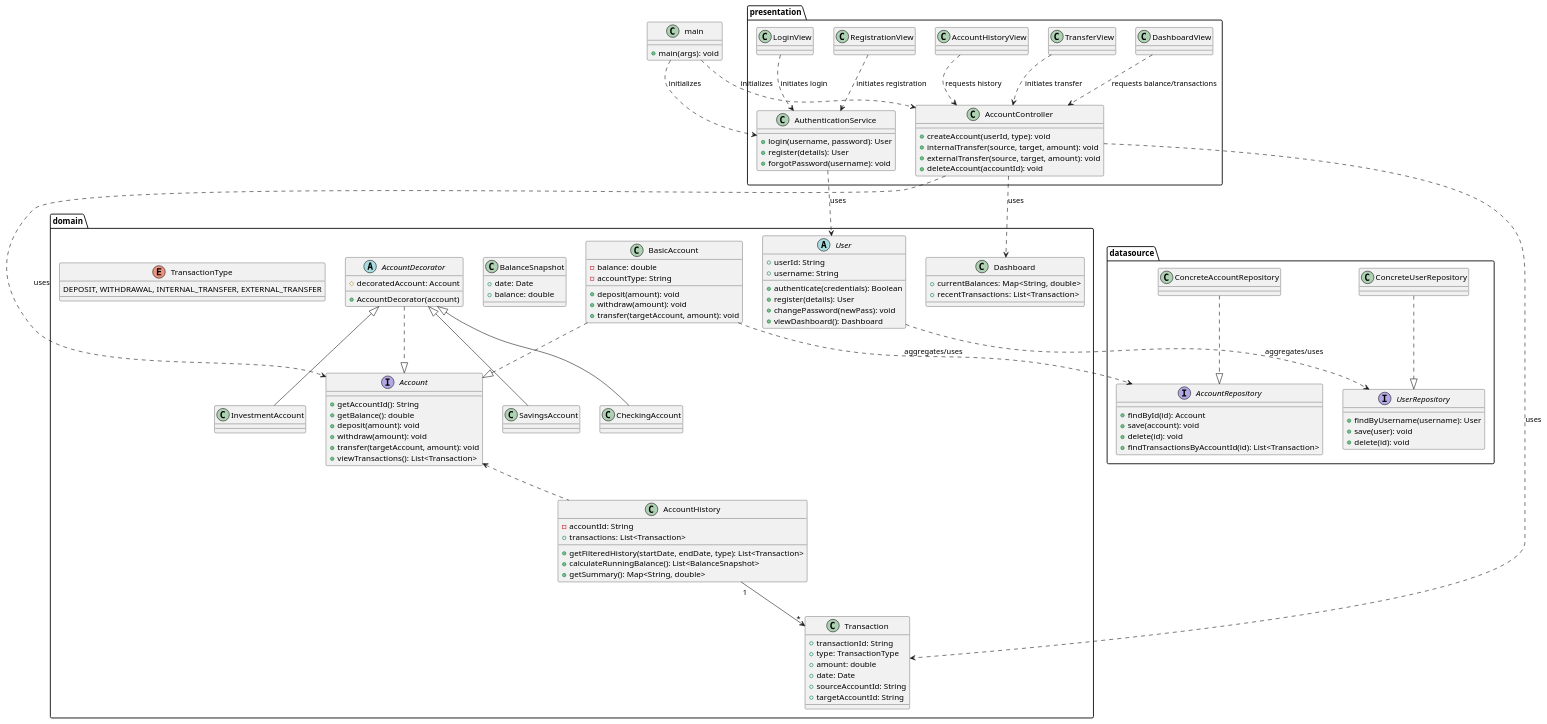
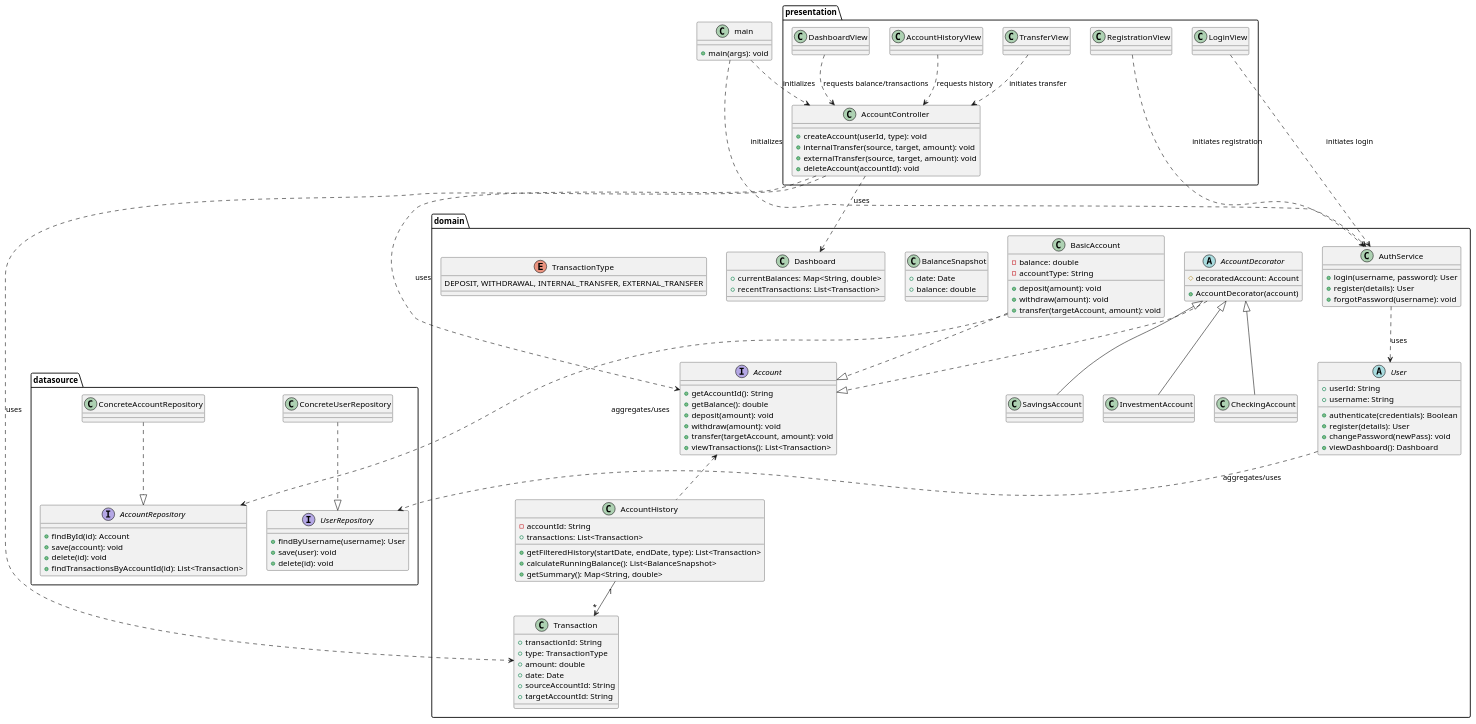
One commit to nu-cs-sw-design/project-20252601-yiji-s-winions changed the diagram in docs/design/design.puml. Above: the diagram before and after it, drawn with PlantUML. The commit also changed 8 other files, not shown here.

```diff
--- a/docs/design/design.puml
+++ b/docs/design/design.puml
@@ -1,165 +1,169 @@
 @startuml
 
 package presentation {
-    class AuthenticationService {
-        + login(username, password): User
-        + register(details): User
-        + forgotPassword(username): void
-    }
+
 
     class AccountController {
         ' Handles calls related to accounts
         + createAccount(userId, type): void
         + internalTransfer(source, target, amount): void
         + externalTransfer(source, target, amount): void
         + deleteAccount(accountId): void
     }
 
     ' New View Classes
     class LoginView
     class RegistrationView
     class DashboardView
     class TransferView
     class AccountHistoryView
 
     ' Relationships: Views interact with the controllers/services
-    LoginView ..> AuthenticationService : initiates login
-    RegistrationView ..> AuthenticationService : initiates registration
+
     DashboardView ..> AccountController : requests balance/transactions
     TransferView ..> AccountController : initiates transfer
     AccountHistoryView ..> AccountController : requests history
 }
 
 package domain {
+
+    class AuthService {
+        + login(username, password): User
+        + register(details): User
+        + forgotPassword(username): void
+    }
 
     abstract class User {
         + userId: String
         + username: String
         + authenticate(credentials): Boolean
         + register(details): User
         + changePassword(newPass): void
         + viewDashboard(): Dashboard
     }
 
     interface Account {
         + getAccountId(): String
         + getBalance(): double
         + deposit(amount): void
         + withdraw(amount): void
         + transfer(targetAccount, amount): void
         + viewTransactions(): List<Transaction>
     }
 
     class Transaction {
         + transactionId: String
         + type: TransactionType
         + amount: double
         + date: Date
         + sourceAccountId: String
         + targetAccountId: String
     }
 
     ' Account Hierarchy (Decorator Pattern for flexibility and future extensions)
     abstract class AccountDecorator {
         # decoratedAccount: Account
         + AccountDecorator(account)
     }
 
     class BasicAccount {
         - balance: double
         - accountType: String
         + deposit(amount): void
         + withdraw(amount): void
         + transfer(targetAccount, amount): void
     }
     class CheckingAccount {
         ' Adds checking-specific features, e.g., overdraft limits
     }
 
     class SavingsAccount {
         ' Adds savings-specific features, e.g., interest calculation
     }
 
     class InvestmentAccount {
         ' Adds investment-specific features, e.g., mock portfolio data
     }
 
     class AccountHistory {
         - accountId: String
         + transactions: List<Transaction>
         + getFilteredHistory(startDate, endDate, type): List<Transaction>
         + calculateRunningBalance(): List<BalanceSnapshot>
         + getSummary(): Map<String, double>
     }
 
     class BalanceSnapshot {
         + date: Date
         + balance: double
     }
 
     class Dashboard {
         + currentBalances: Map<String, double>
         + recentTransactions: List<Transaction>
     }
     enum TransactionType {
         DEPOSIT, WITHDRAWAL, INTERNAL_TRANSFER, EXTERNAL_TRANSFER
     }
 
     BasicAccount ..|> Account
     AccountDecorator ..|> Account
 
     ' Relationship: Account contains/uses its history logic
     Account <.. AccountHistory
 
     AccountHistory "1" --> "*" Transaction
 
 }
 
 package datasource {
     interface AccountRepository {
         + findById(id): Account
         + save(account): void
         + delete(id): void
         + findTransactionsByAccountId(id): List<Transaction>
     }
 
     interface UserRepository {
         + findByUsername(username): User
         + save(user): void
         + delete(id): void
     }
 
     class ConcreteAccountRepository {
         ' Uses a specific database technology (e.g., SQL, Firebase)
     }
 
     class ConcreteUserRepository {
         ' Handles user login and registration persistence (e.g., AWS Cognito, Firebase Auth)
     }
 
     ConcreteUserRepository ..|> UserRepository
     ConcreteAccountRepository ..|> AccountRepository
 }
 
 class main {
     + main(args): void
 }
 
 ' Presentation depends on Domain (Uses its Models and Services)
-AuthenticationService ..> User : uses
+AuthService ..> User : uses
 AccountController ..> Account : uses
 AccountController ..> Transaction : uses
 AccountController ..> Dashboard : uses
+
+LoginView ..> AuthService : initiates login
+RegistrationView ..> AuthService : initiates registration
 
 ' Domain depends on Datasource (Uses Repositories to persist data)
 User ..> UserRepository : aggregates/uses
 BasicAccount ..> AccountRepository : aggregates/uses
 AccountDecorator <|-- CheckingAccount
 AccountDecorator <|-- SavingsAccount
 AccountDecorator <|-- InvestmentAccount
 
 ' Main initializes the system
-main ..> AuthenticationService : initializes
+main ..> AuthService : initializes
 main ..> AccountController : initializes
 
 @enduml
```
